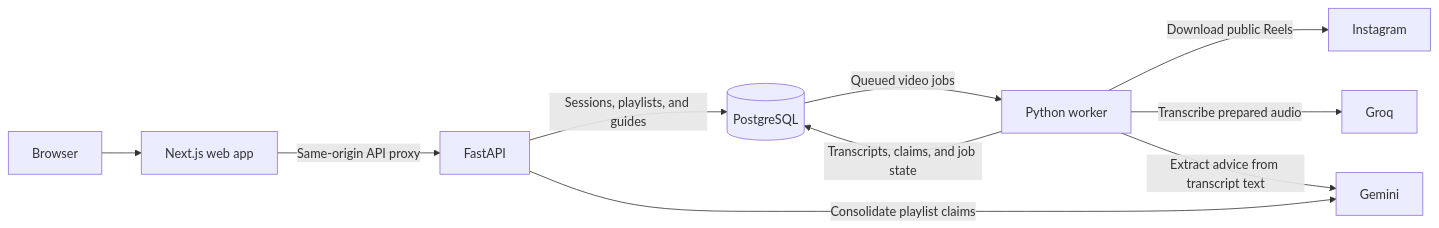
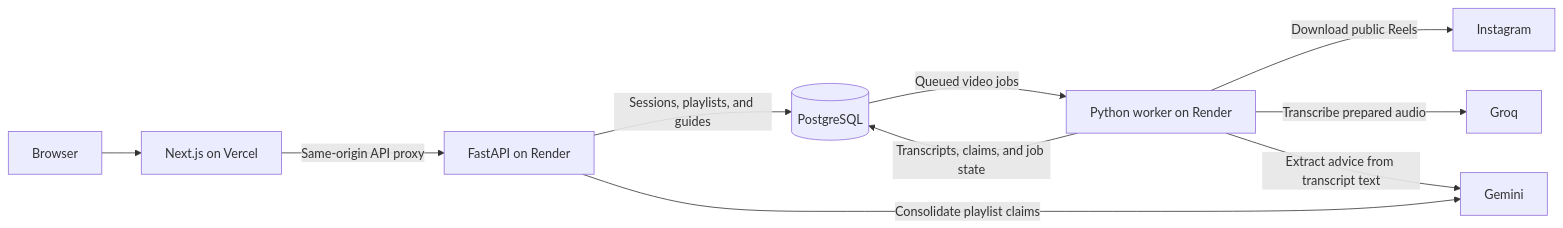
One commit to Ishmam21/ReelNotes changed the diagram in README.md. Above: the diagram before and after it, drawn with Mermaid. The commit also changed other lines of this file, not shown here.

````diff
--- a/README.md
+++ b/README.md
@@ -41,12 +44,12 @@
 ```mermaid
 flowchart LR
-    Browser --> Web["Next.js web app"]
-    Web -->|Same-origin API proxy| API["FastAPI"]
+    Browser --> Web["Next.js on Vercel"]
+    Web -->|Same-origin API proxy| API["FastAPI on Render"]
     API -->|Sessions, playlists, and guides| DB[("PostgreSQL")]
-    DB -->|Queued video jobs| Worker["Python worker"]
+    DB -->|Queued video jobs| Worker["Python worker on Render"]
     Worker -->|Transcripts, claims, and job state| DB
     Worker -->|Download public Reels| Instagram
     Worker -->|Transcribe prepared audio| Groq
     Worker -->|Extract advice from transcript text| Gemini
     API -->|Consolidate playlist claims| Gemini
 ```
````
